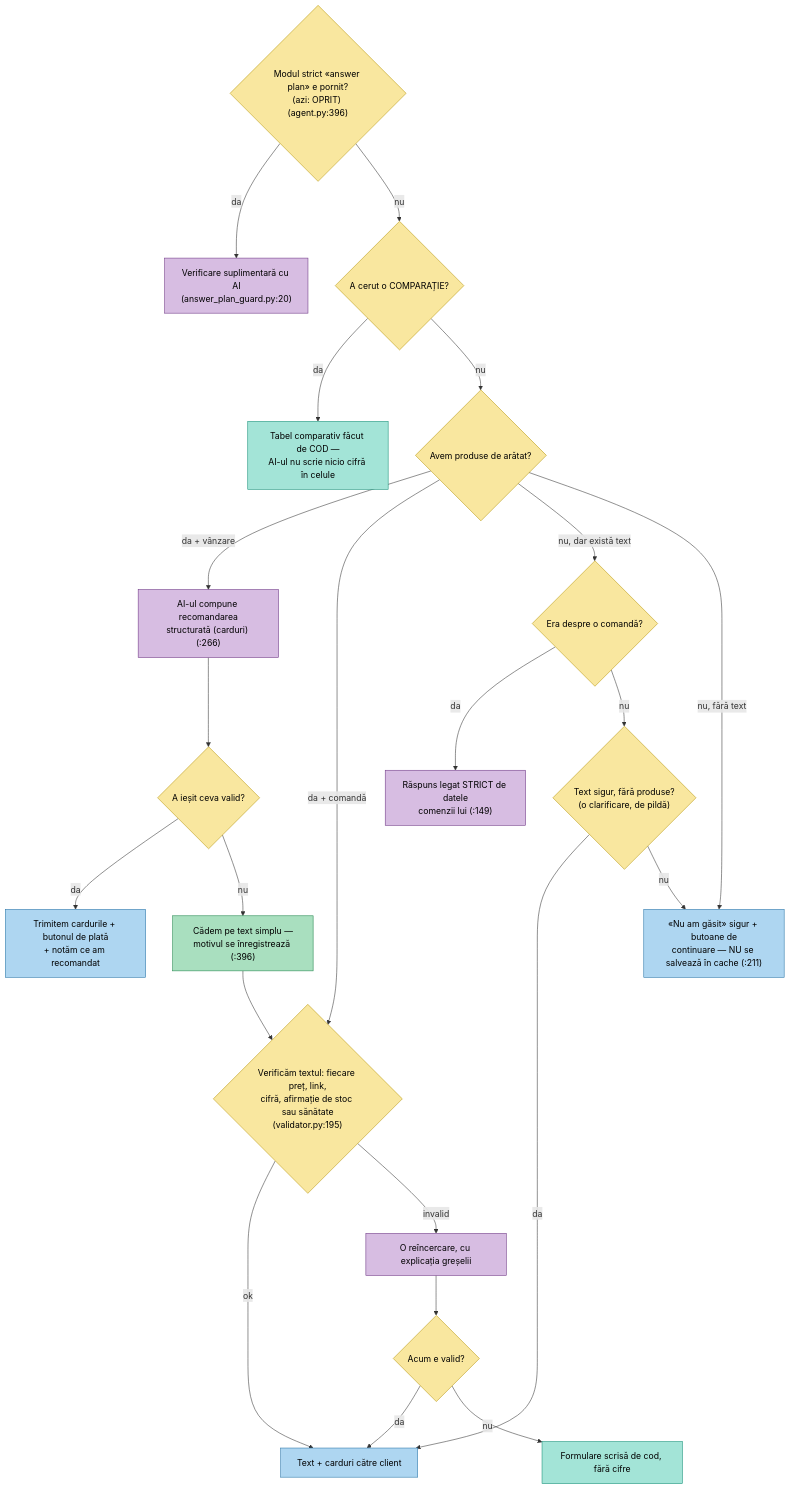
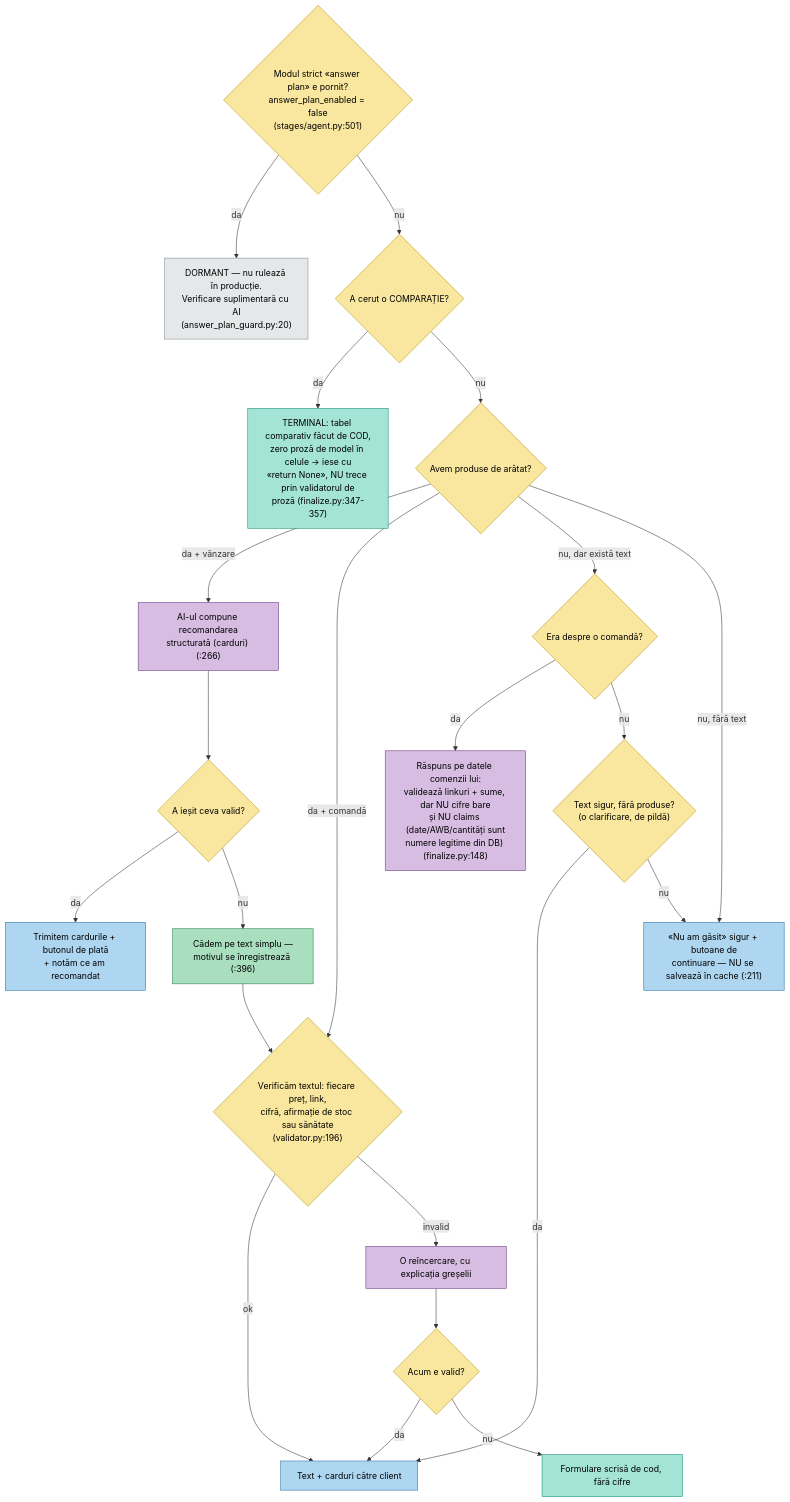
One commit to AdiBoaru/Sales-Ass changed the diagram in docs/diagrams/04b-3-faza-f-render.mmd. Above: the diagram before and after it, drawn with Mermaid. The commit also changed 21 other files, not shown here.

First line of the commit message:
docs(NX-250): audit Stage 1 — 5 diagrame evidențiate, registru 65/72, 9 drifturi dispuse, verdict BLOCKED (#298)

```diff
--- a/docs/diagrams/04b-3-faza-f-render.mmd
+++ b/docs/diagrams/04b-3-faza-f-render.mmd
@@ -1,48 +1,49 @@
 %% GENERAT din docs/ARCHITECTURE-WORKFLOWS.md — nu edita doar aici.
 %% Regenerare: python scripts/export_diagrams.py
 %% Editare vizuală: https://mermaid.live (paste tot fișierul)
 %% Diagram 4b — Agent Stage Internals (fazele A–F după modularizare) · figura 3 (faza-f-render)
 flowchart TD
   classDef dec fill:#f9e79f,stroke:#b7950b,color:#000
   classDef llm fill:#d7bde2,stroke:#6c3483,color:#000
   classDef free fill:#a3e4d7,stroke:#148f77,color:#000
   classDef out fill:#aed6f1,stroke:#2874a6,color:#000
   classDef step fill:#a9dfbf,stroke:#1e8449,color:#000
+  classDef dorm fill:#e5e7e9,stroke:#7f8c8d,color:#000
 
-  APLAN{"Modul strict «answer plan» e pornit?<br/>(azi: OPRIT) (agent.py:396)"}:::dec
-  AGUARD["Verificare suplimentară cu AI<br/>(answer_plan_guard.py:20)"]:::llm
+  APLAN{"Modul strict «answer plan» e pornit?<br/>answer_plan_enabled = false<br/>(stages/agent.py:501)"}:::dec
+  AGUARD["DORMANT — nu rulează în producție.<br/>Verificare suplimentară cu AI<br/>(answer_plan_guard.py:20)"]:::dorm
   CMPD{"A cerut o COMPARAȚIE?"}:::dec
-  CTAB["Tabel comparativ făcut de COD —<br/>AI-ul nu scrie nicio cifră în celule"]:::free
+  CTAB["TERMINAL: tabel comparativ făcut de COD,<br/>zero proză de model în celule → iese cu<br/>«return None», NU trece prin validatorul de<br/>proză (finalize.py:347-357)"]:::free
   PRD{"Avem produse de arătat?"}:::dec
   RICHC["AI-ul compune recomandarea<br/>structurată (carduri) (:266)"]:::llm
   ROK{"A ieșit ceva valid?"}:::dec
   RICHOUT["Trimitem cardurile + butonul de plată<br/>+ notăm ce am recomandat"]:::out
   DOWN["Cădem pe text simplu —<br/>motivul se înregistrează (:396)"]:::step
-  VALID{"Verificăm textul: fiecare preț, link,<br/>cifră, afirmație de stoc sau sănătate<br/>(validator.py:195)"}:::dec
+  VALID{"Verificăm textul: fiecare preț, link,<br/>cifră, afirmație de stoc sau sănătate<br/>(validator.py:196)"}:::dec
   RETRY["O reîncercare, cu explicația greșelii"]:::llm
   V2{"Acum e valid?"}:::dec
   DETR["Formulare scrisă de cod, fără cifre"]:::free
   PROSE["Text + carduri către client"]:::out
   ORD{"Era despre o comandă?"}:::dec
-  GRND["Răspuns legat STRICT de datele<br/>comenzii lui (:149)"]:::llm
+  GRND["Răspuns pe datele comenzii lui:<br/>validează linkuri + sume, dar NU cifre bare<br/>și NU claims (date/AWB/cantități sunt<br/>numere legitime din DB) (finalize.py:148)"]:::llm
   TXTOK{"Text sigur, fără produse?<br/>(o clarificare, de pildă)"}:::dec
   NORES["«Nu am găsit» sigur + butoane de<br/>continuare — NU se salvează în cache (:211)"]:::out
 
   APLAN -- da --> AGUARD
   APLAN -- nu --> CMPD
   CMPD -- da --> CTAB
   CMPD -- nu --> PRD
   PRD -- "da + vânzare" --> RICHC --> ROK
   ROK -- da --> RICHOUT
   ROK -- nu --> DOWN --> VALID
   PRD -- "da + comandă" --> VALID
   VALID -- ok --> PROSE
   VALID -- invalid --> RETRY --> V2
   V2 -- da --> PROSE
   V2 -- nu --> DETR
   PRD -- "nu, dar există text" --> ORD
   ORD -- da --> GRND
   ORD -- nu --> TXTOK
   TXTOK -- da --> PROSE
   TXTOK -- nu --> NORES
   PRD -- "nu, fără text" --> NORES
```
